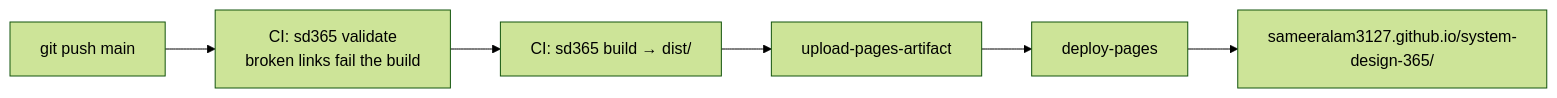
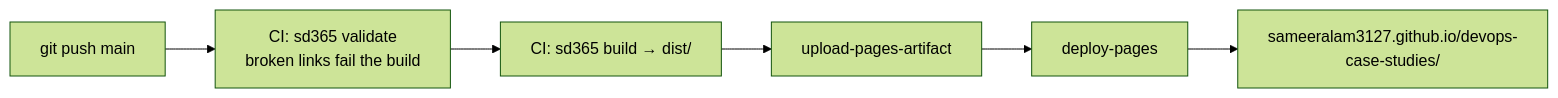
Before and after one commit to sameeralam3127/system-design-365: the fourth of 4 diagrams in ARCHITECTURE.md, drawn with Mermaid (forest theme). The commit also changed other lines of this file and 155 other files, not shown here.

First line of the commit message:
Reposition as DevOps Engineering Case Studies

````diff
--- a/ARCHITECTURE.md
+++ b/ARCHITECTURE.md
@@ -248,8 +248,8 @@
 ```mermaid
 flowchart LR
   P[git push main] --> V[CI: sd365 validate<br/>broken links fail the build]
   V --> B[CI: sd365 build → dist/]
   B --> U[upload-pages-artifact]
   U --> D[deploy-pages]
-  D --> S[sameeralam3127.github.io/system-design-365/]
+  D --> S[sameeralam3127.github.io/devops-case-studies/]
 ```
````
